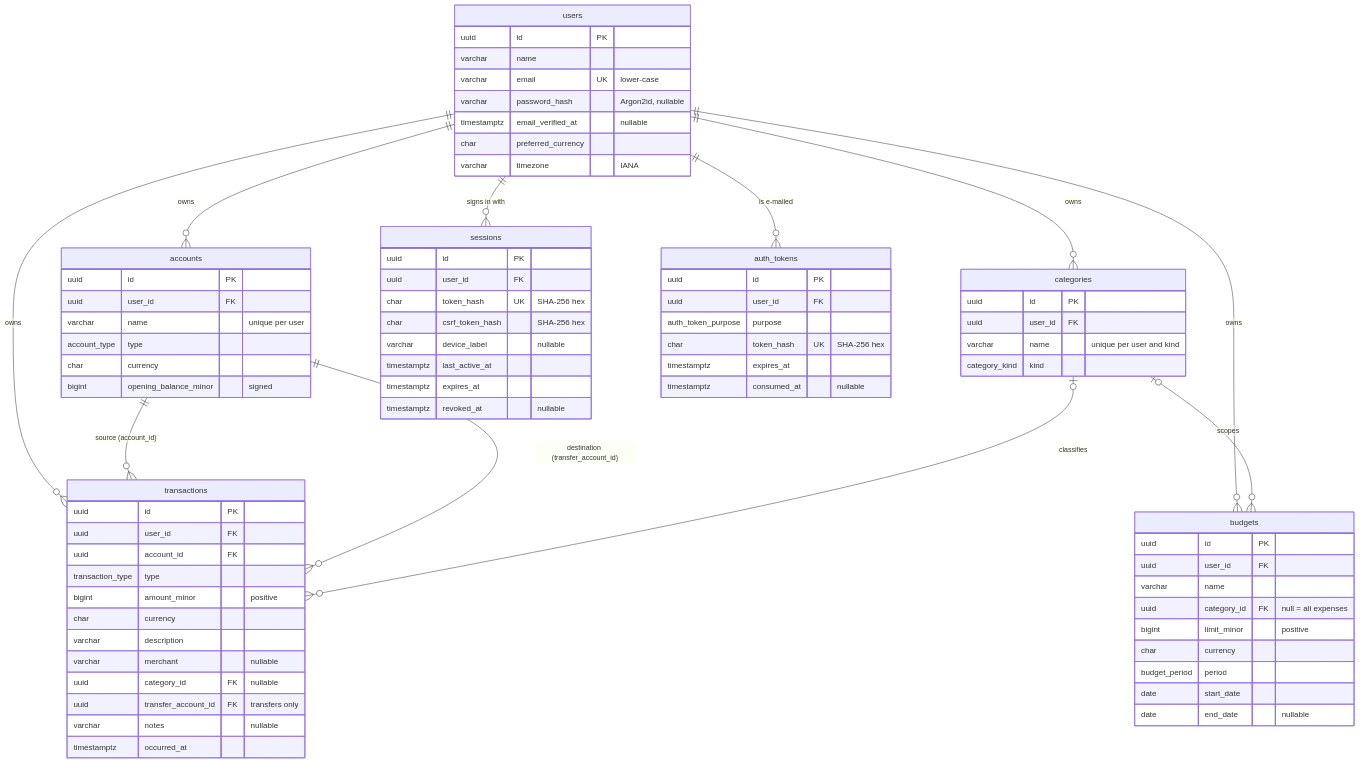
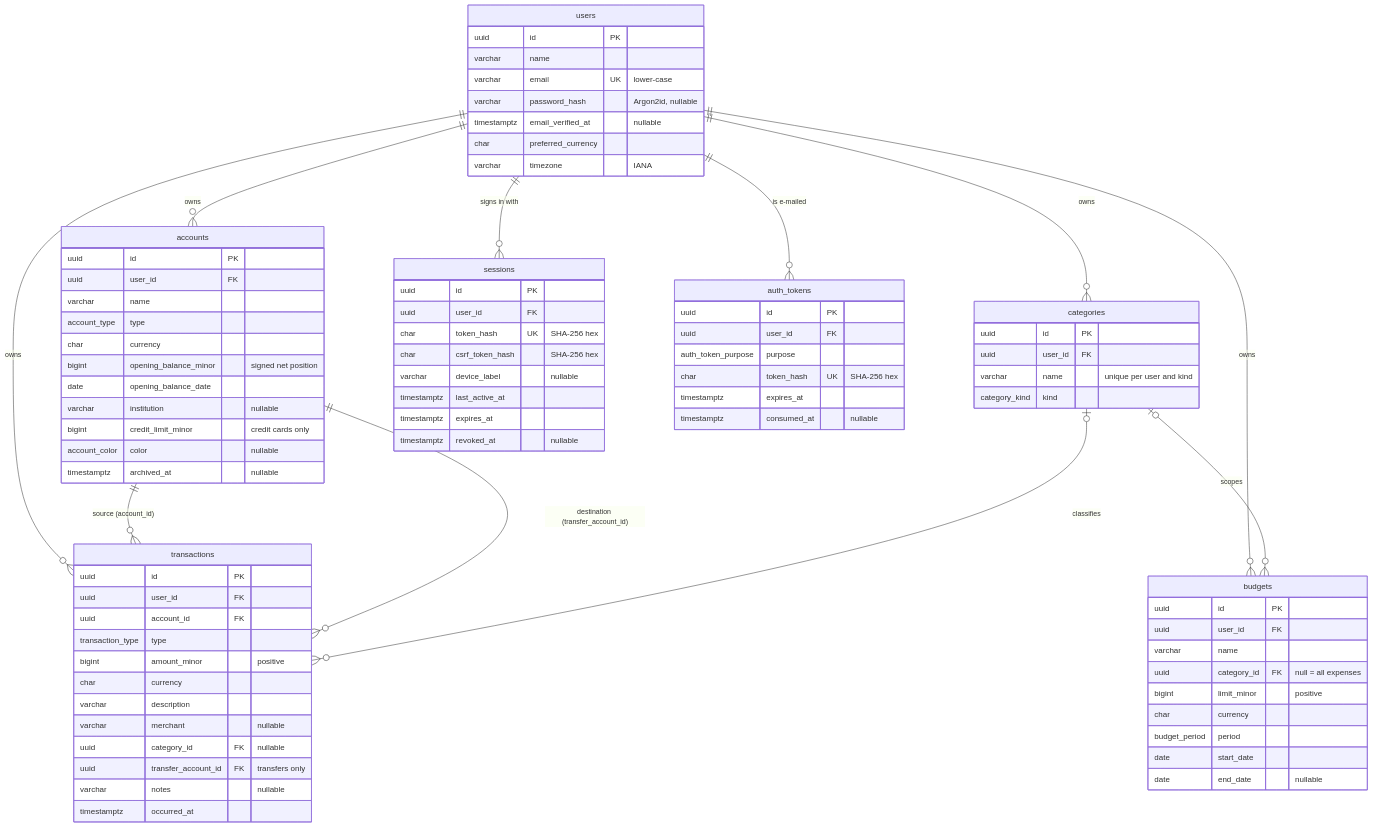
Before and after one commit to Dhruwvaviya999/calm-cash: the diagram in docs/database-design.md, drawn with Mermaid. The commit also changed other lines of this file and 51 other files, not shown here.

```diff
--- a/docs/database-design.md
+++ b/docs/database-design.md
@@ -50,10 +51,15 @@
     accounts {
         uuid id PK
         uuid user_id FK
-        varchar name "unique per user"
+        varchar name
         account_type type
         char currency
-        bigint opening_balance_minor "signed"
+        bigint opening_balance_minor "signed net position"
+        date opening_balance_date
+        varchar institution "nullable"
+        bigint credit_limit_minor "credit cards only"
+        account_color color "nullable"
+        timestamptz archived_at "nullable"
     }
     categories {
         uuid id PK
```
